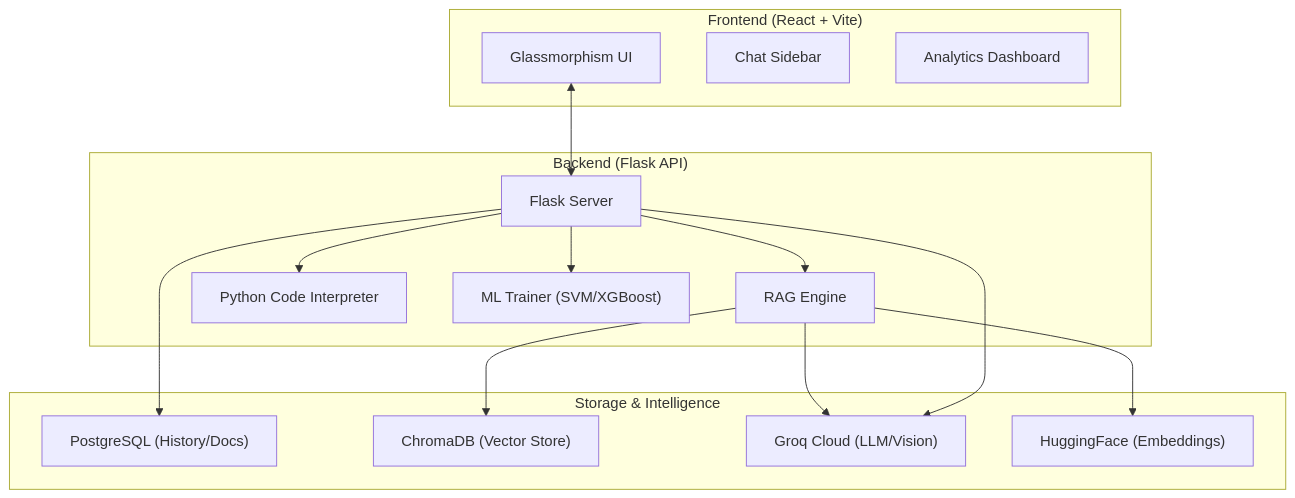
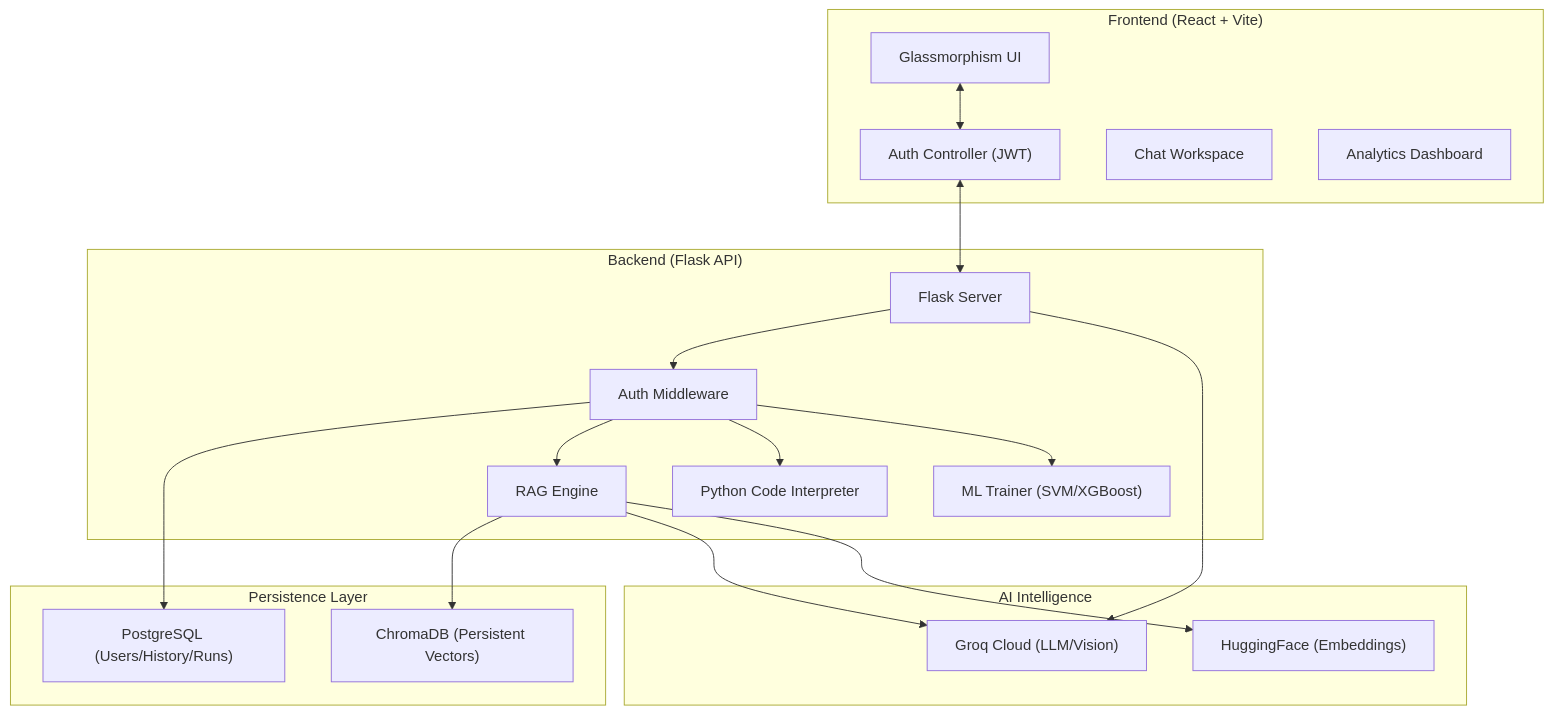
One commit to Shreemohanpalthya359/AI-Chatbot-with-document-Q-A changed the first of 3 diagrams in README.md. Above: the diagram before and after it, drawn with Mermaid. The commit also changed other lines of this file, not shown here.

Commit message:
Update Project Architecture and Flow diagrams in README

````diff
--- a/README.md
+++ b/README.md
@@ -68,32 +68,39 @@
 ```mermaid
 graph TD
     subgraph "Frontend (React + Vite)"
         UI["Glassmorphism UI"]
-        CH["Chat Sidebar"]
+        AUTH["Auth Controller (JWT)"]
+        CH["Chat Workspace"]
         DB["Analytics Dashboard"]
     end
 
     subgraph "Backend (Flask API)"
         API["Flask Server"]
+        MW["Auth Middleware"]
         RAG["RAG Engine"]
         CI["Python Code Interpreter"]
         TRAIN["ML Trainer (SVM/XGBoost)"]
     end
 
-    subgraph "Storage & Intelligence"
-        PG["PostgreSQL (History/Docs)"]
-        CHROMA["ChromaDB (Vector Store)"]
+    subgraph "Persistence Layer"
+        PG["PostgreSQL (Users/History/Runs)"]
+        CHROMA["ChromaDB (Persistent Vectors)"]
+    end
+
+    subgraph "AI Intelligence"
         GROQ["Groq Cloud (LLM/Vision)"]
         HF["HuggingFace (Embeddings)"]
     end
 
-    UI <--> API
-    API --> PG
-    API --> RAG
-    API --> CI
-    API --> TRAIN
+    UI <--> AUTH
+    AUTH <--> API
+    API --> MW
+    MW --> PG
+    MW --> RAG
+    MW --> CI
+    MW --> TRAIN
     RAG --> CHROMA
     RAG --> GROQ
     API --> GROQ
     RAG --> HF
 ```
````
